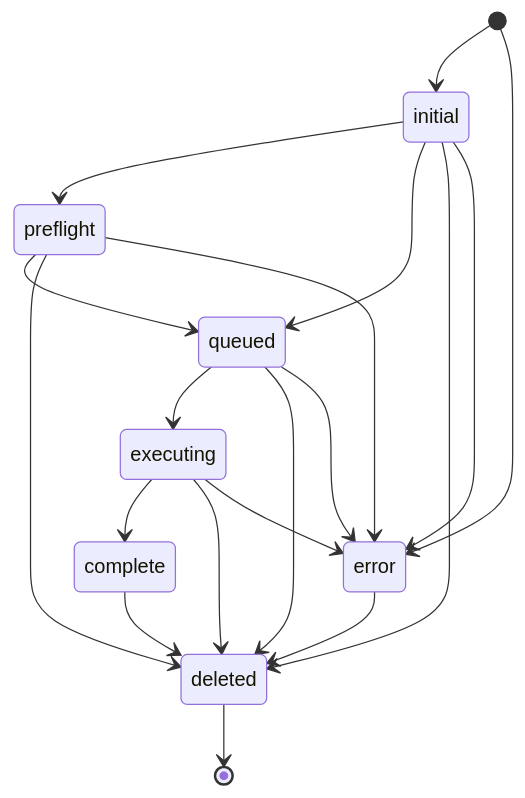
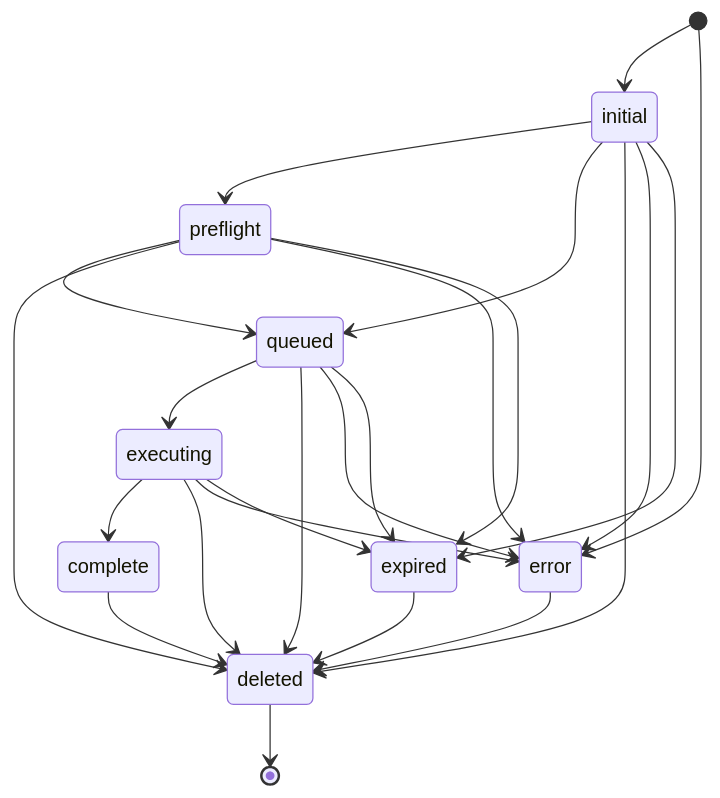
Before and after one commit to shakenfist/shakenfist: the first of 12 diagrams in docs/developer_guide/state_machine.md, drawn with Mermaid. The commit also changed other lines of this file and 4 other files, not shown here.

````diff
--- a/docs/developer_guide/state_machine.md
+++ b/docs/developer_guide/state_machine.md
@@ -37,28 +45,34 @@
 ``` mermaid
 stateDiagram-v2
   [*] --> initial
   [*] --> error
 
   initial --> preflight
   initial --> queued
   initial --> deleted
   initial --> error
+  initial --> expired
 
   preflight --> queued
   preflight --> deleted
   preflight --> error
+  preflight --> expired
 
   queued --> executing
   queued --> deleted
   queued --> error
+  queued --> expired
 
   executing --> complete
   executing --> deleted
   executing --> error
+  executing --> expired
 
   complete --> deleted
 
   error --> deleted
 
+  expired --> deleted
+
   deleted --> [*]
 ```
````
